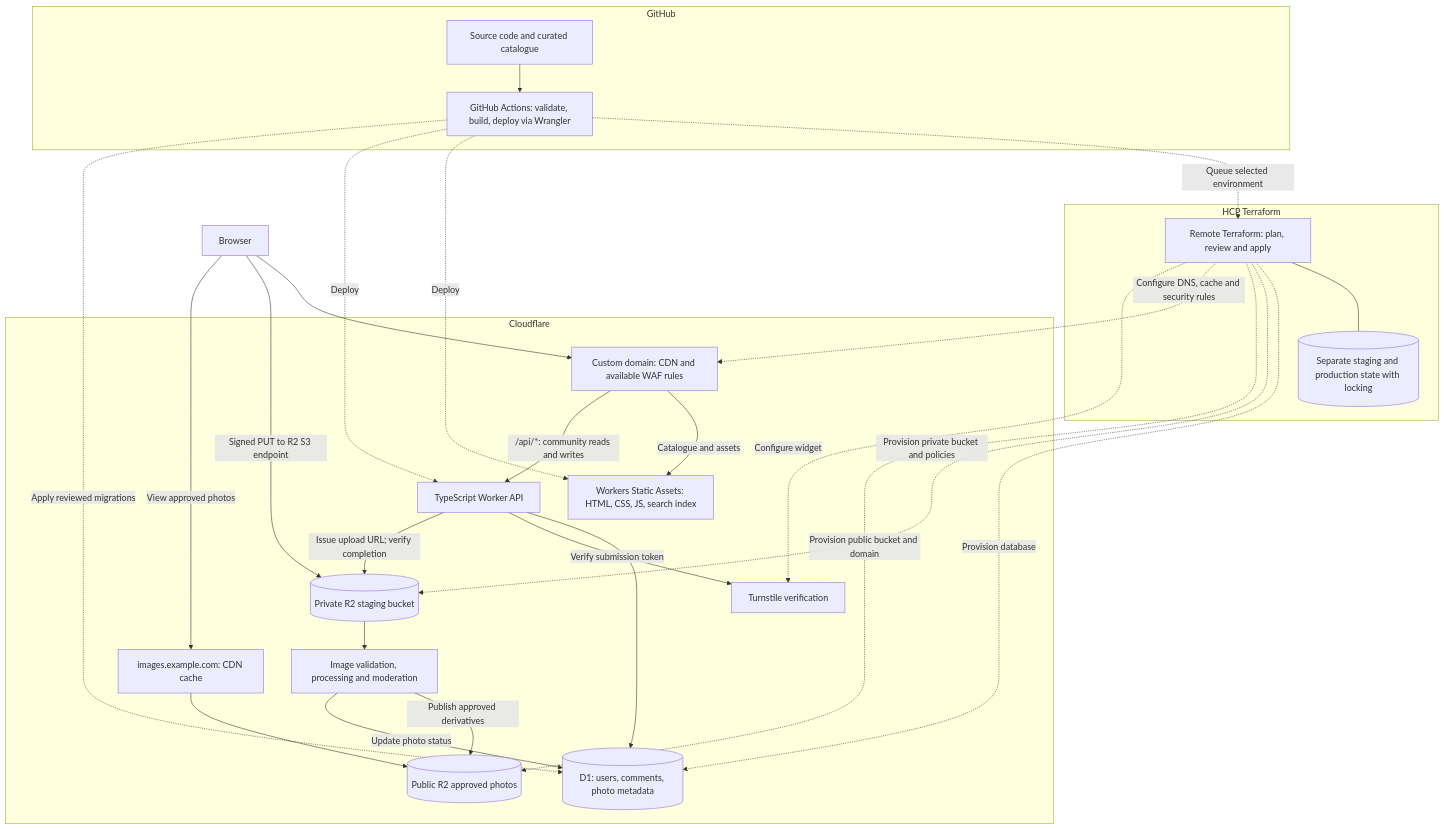
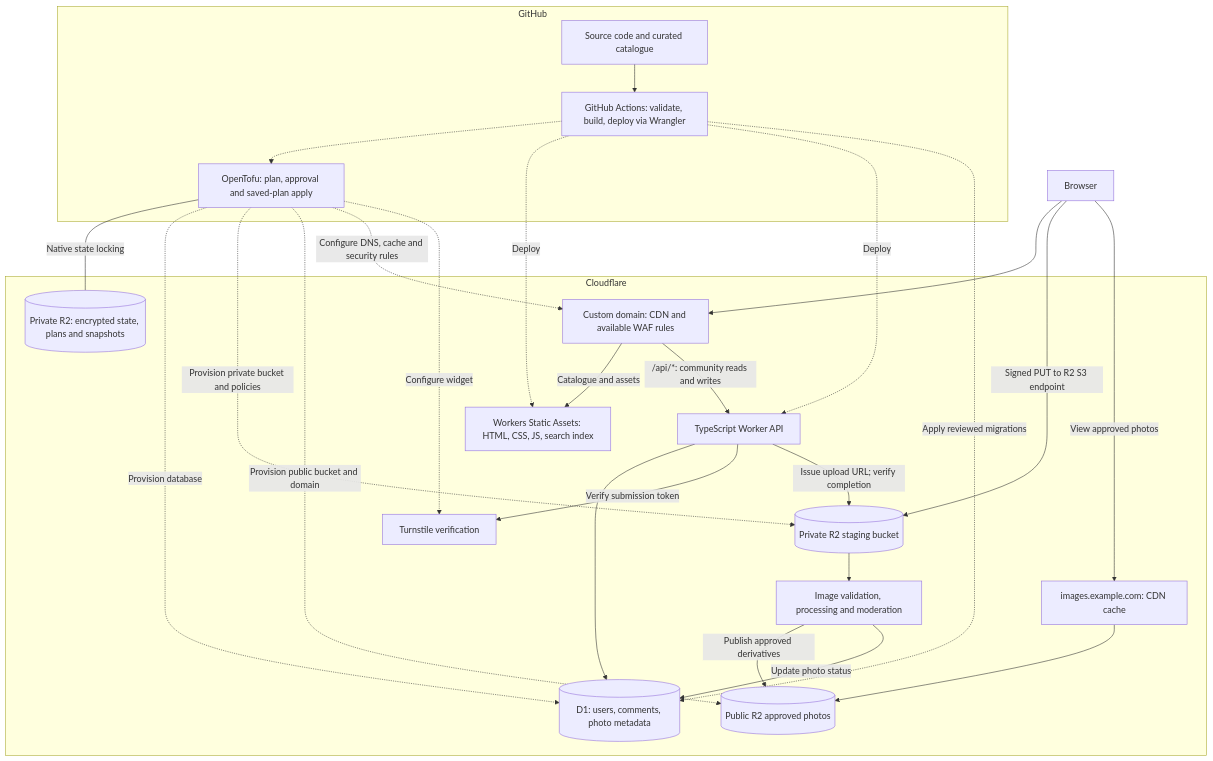
Before and after one commit to drewfreyling/velogroupsets: the diagram in README.md, drawn with Mermaid. The commit also changed other lines of this file and 25 other files, not shown here.

Commit message:
feat(infra): adopt OpenTofu with encrypted R2 state

````diff
--- a/README.md
+++ b/README.md
@@ -24,51 +24,48 @@
 ```mermaid
 flowchart TD
     Browser["Browser"]
 
     subgraph GitHub["GitHub"]
         Repo["Source code and curated catalogue"]
         CI["GitHub Actions: validate, build, deploy via Wrangler"]
+        TF["OpenTofu: plan, approval and saved-plan apply"]
         Repo --> CI
+        CI -.-> TF
     end
 
-    subgraph HCP["HCP Terraform"]
-        TF["Remote Terraform: plan, review and apply"]
-        State[("Separate staging and production state with locking")]
-        TF --- State
-    end
-    CI -.->|"Queue selected environment"| TF
-
     subgraph Cloudflare["Cloudflare"]
+        State[("Private R2: encrypted state, plans and snapshots")]
         Edge["Custom domain: CDN and available WAF rules"]
         Static["Workers Static Assets: HTML, CSS, JS, search index"]
         API["TypeScript Worker API"]
         DB[("D1: users, comments, photo metadata")]
         Staging[("Private R2 staging bucket")]
         Processing["Image validation, processing and moderation"]
         Photos[("Public R2 approved photos")]
         ImageCDN["images.example.com: CDN cache"]
         Turnstile["Turnstile verification"]
 
         Edge -->|"Catalogue and assets"| Static
         Edge -->|"/api/*: community reads and writes"| API
         API --> DB
         API -->|"Verify submission token"| Turnstile
         API -->|"Issue upload URL; verify completion"| Staging
         Staging --> Processing
         Processing -->|"Publish approved derivatives"| Photos
         Processing -->|"Update photo status"| DB
         ImageCDN --> Photos
     end
 
+    TF ---|"Native state locking"| State
     Browser --> Edge
     Browser -->|"Signed PUT to R2 S3 endpoint"| Staging
     Browser -->|"View approved photos"| ImageCDN
     CI -.->|"Deploy"| Static
     CI -.->|"Deploy"| API
     CI -.->|"Apply reviewed migrations"| DB
     TF -.->|"Provision database"| DB
     TF -.->|"Provision private bucket and policies"| Staging
     TF -.->|"Provision public bucket and domain"| Photos
     TF -.->|"Configure DNS, cache and security rules"| Edge
     TF -.->|"Configure widget"| Turnstile
 ```
````
